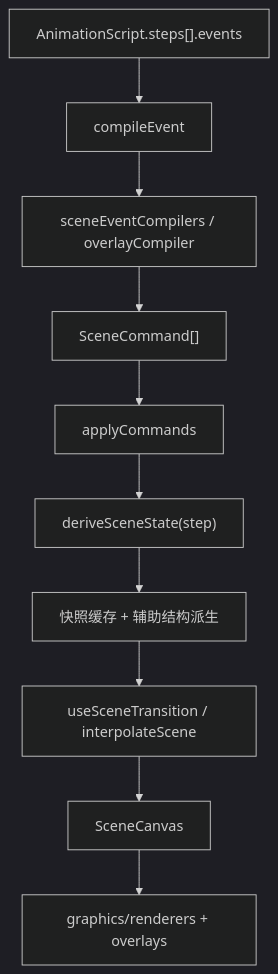
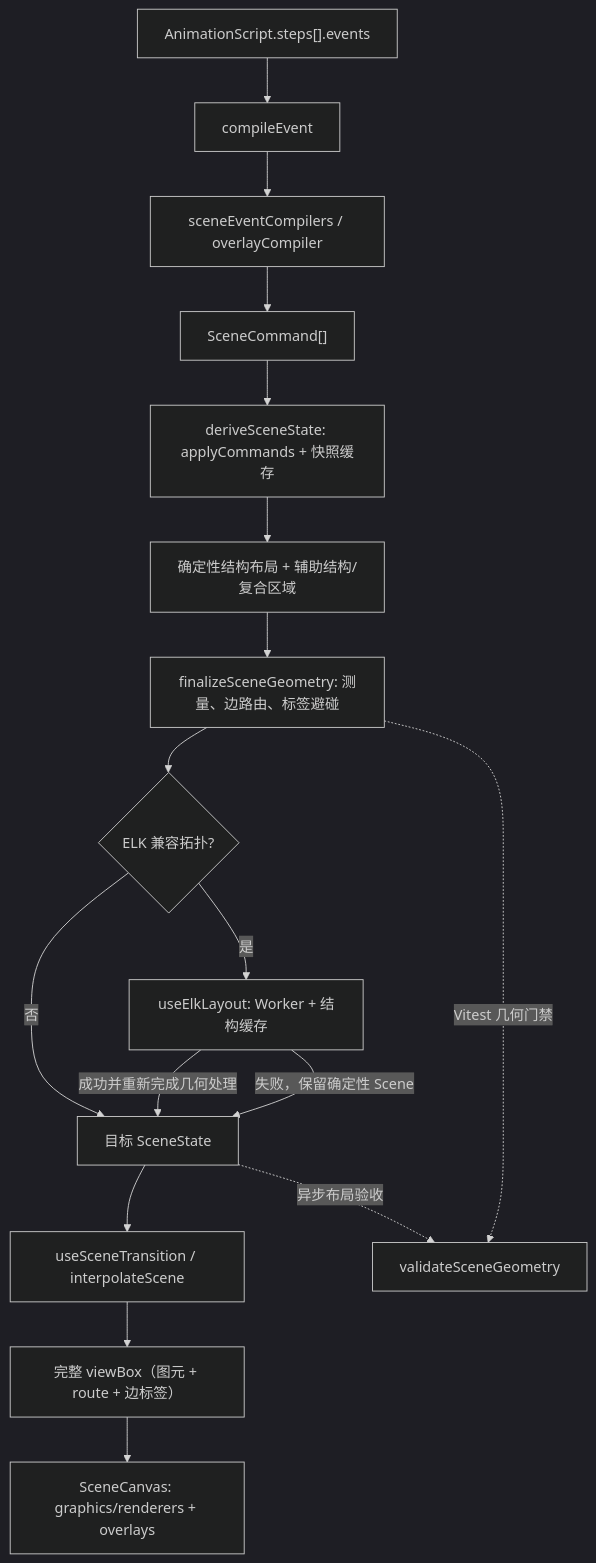
Before and after one commit to 1123074811/AlgoViz: the fourth of 4 diagrams in docs/architecture/README.md, drawn with Mermaid (dark theme). The commit also changed other lines of this file and 8 other files, not shown here.

````diff
--- a/docs/architecture/README.md
+++ b/docs/architecture/README.md
@@ -106,12 +165,19 @@
 ```mermaid
 flowchart TD
     A["AnimationScript.steps[].events"] --> B["compileEvent"]
     B --> C["sceneEventCompilers / overlayCompiler"]
     C --> D["SceneCommand[]"]
-    D --> E["applyCommands"]
-    E --> F["deriveSceneState(step)"]
-    F --> G["快照缓存 + 辅助结构派生"]
-    G --> H["useSceneTransition / interpolateScene"]
-    H --> I["SceneCanvas"]
-    I --> J["graphics/renderers + overlays"]
+    D --> E["deriveSceneState: applyCommands + 快照缓存"]
+    E --> F["确定性结构布局 + 辅助结构/复合区域"]
+    F --> G["finalizeSceneGeometry: 测量、边路由、标签避碰"]
+    G --> H{"ELK 兼容拓扑?"}
+    H -->|"否"| J["目标 SceneState"]
+    H -->|"是"| I["useElkLayout: Worker + 结构缓存"]
+    I -->|"成功并重新完成几何处理"| J
+    I -->|"失败，保留确定性 Scene"| J
+    J --> K["useSceneTransition / interpolateScene"]
+    K --> L["完整 viewBox（图元 + route + 边标签）"]
+    L --> M["SceneCanvas: graphics/renderers + overlays"]
+    G -. "Vitest 几何门禁" .-> V["validateSceneGeometry"]
+    J -. "异步布局验收" .-> V
 ```
````
